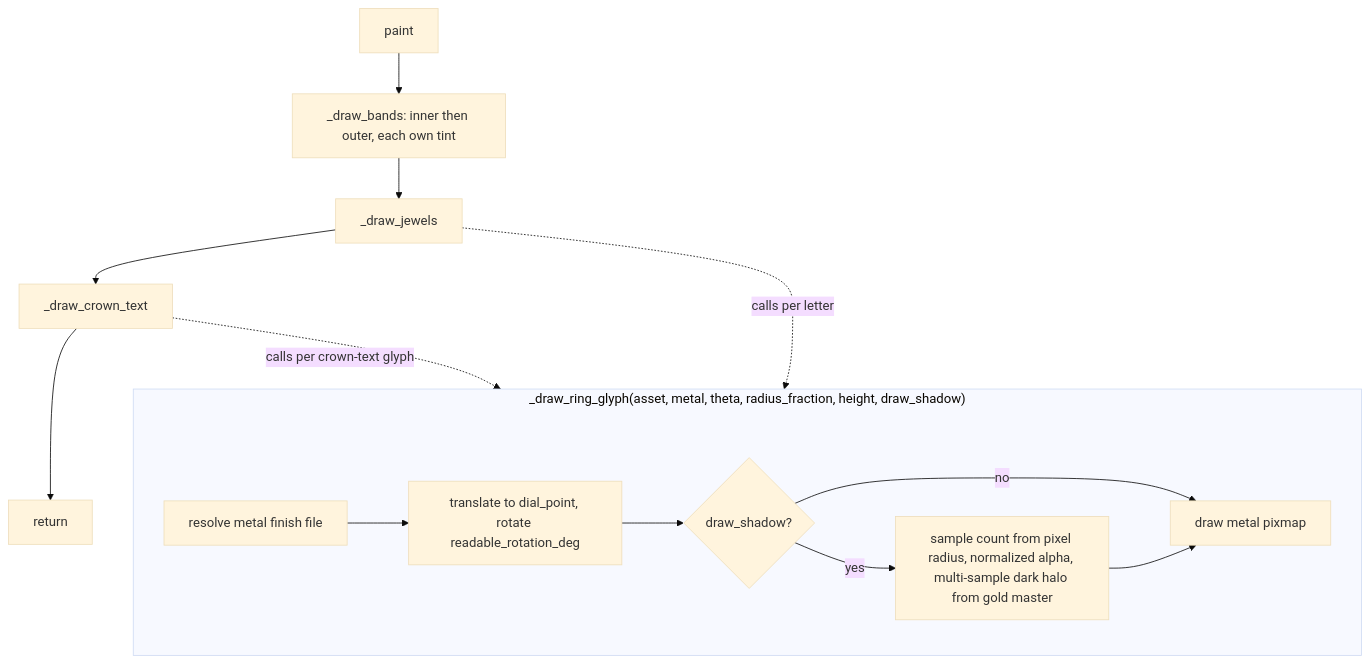
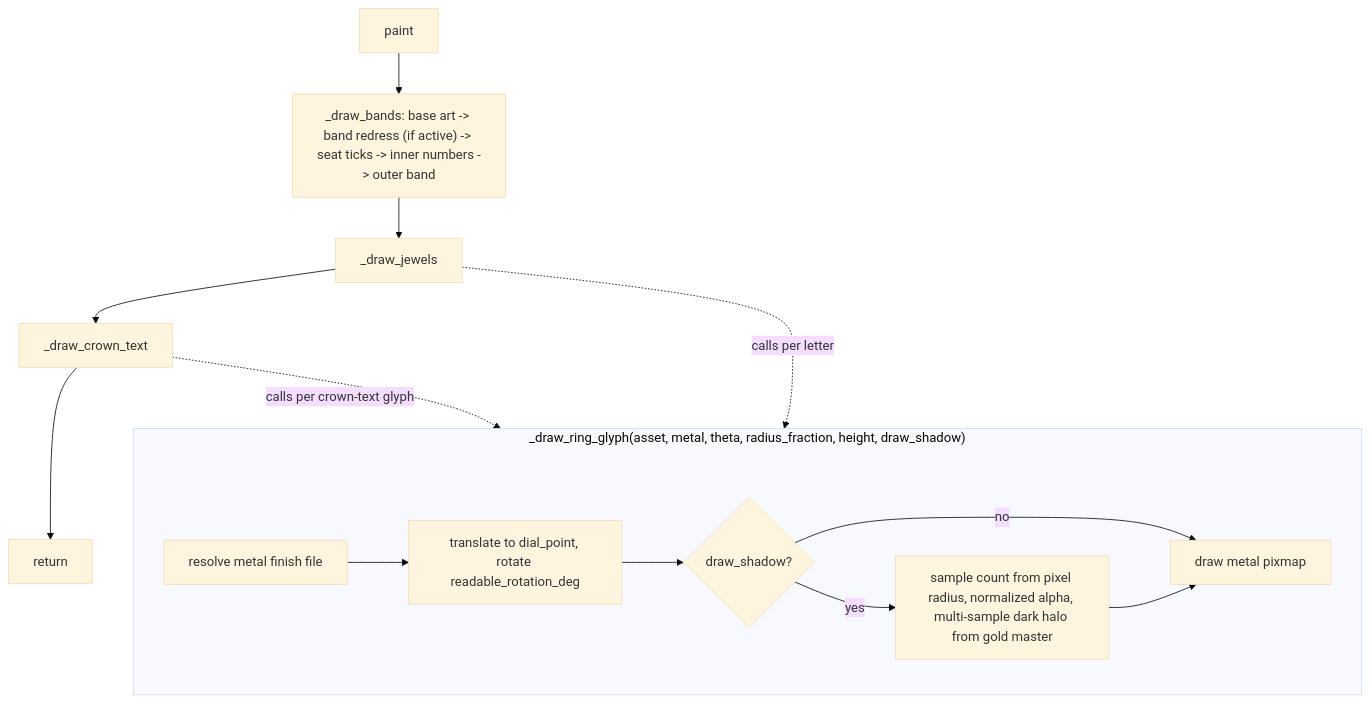
Before and after one commit to UVuruna/Watch-Academy: the diagram in render/layers/__flow/ring.md, drawn with Mermaid (base theme). The commit also changed 20 other files, not shown here.

First line of the commit message:
0.14.925 The owner's own eclipse, the seat tick, the whole diamond and the flipped arrow

````diff
--- a/render/layers/__flow/ring.md
+++ b/render/layers/__flow/ring.md
@@ -7,15 +7,15 @@
 ```mermaid
 %%{init: {'flowchart': {'subGraphTitleMargin': {'top': 0, 'bottom': 35}}}}%%
 flowchart TB
-    A[paint] --> B[_draw_bands: inner then outer, each own tint]
+    A[paint] --> B["_draw_bands: base art -> band redress (if active) -> seat ticks -> inner numbers -> outer band"]
     B --> D[_draw_jewels] --> E[_draw_crown_text] --> Z1[return]
     subgraph GLYPH["_draw_ring_glyph(asset, metal, theta, radius_fraction, height, draw_shadow)"]
         J[resolve metal finish file] --> L[translate to dial_point, rotate readable_rotation_deg]
         L --> S{draw_shadow?}
         S -->|yes| K[sample count from pixel radius, normalized alpha, multi-sample dark halo from gold master]
         S -->|no| M
         K --> M[draw metal pixmap]
     end
     D -.calls per letter.-> GLYPH
     E -.calls per crown-text glyph.-> GLYPH
 ```
````
